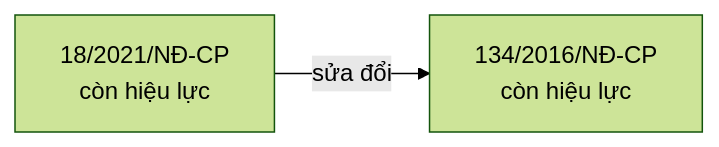
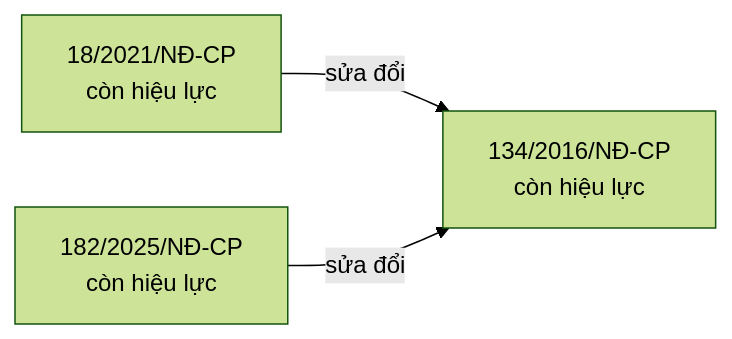
Before and after one commit to ozvietnam/oz-wiki-plhq: the seventh of 7 diagrams in bao-cao/quan-he.md, drawn with Mermaid (forest theme). The commit also changed 6 other files, not shown here.

````diff
--- a/bao-cao/quan-he.md
+++ b/bao-cao/quan-he.md
@@ -138,6 +138,8 @@
 ```mermaid
 flowchart LR
   n_18_2021_N__CP["18/2021/NĐ-CP<br/>còn hiệu lực"]
   n_134_2016_N__CP["134/2016/NĐ-CP<br/>còn hiệu lực"]
+  n_182_2025_N__CP["182/2025/NĐ-CP<br/>còn hiệu lực"]
   n_18_2021_N__CP -->|sửa đổi| n_134_2016_N__CP
+  n_182_2025_N__CP -->|sửa đổi| n_134_2016_N__CP
 ```
````
